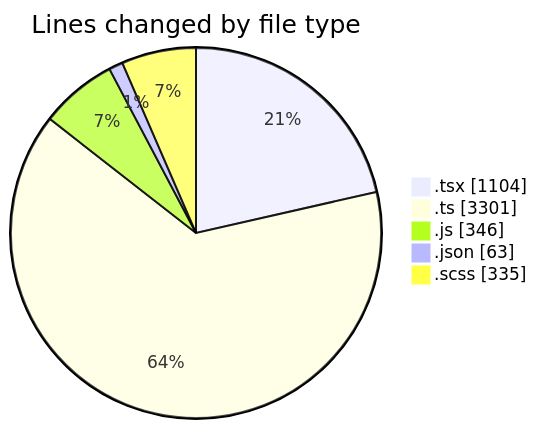
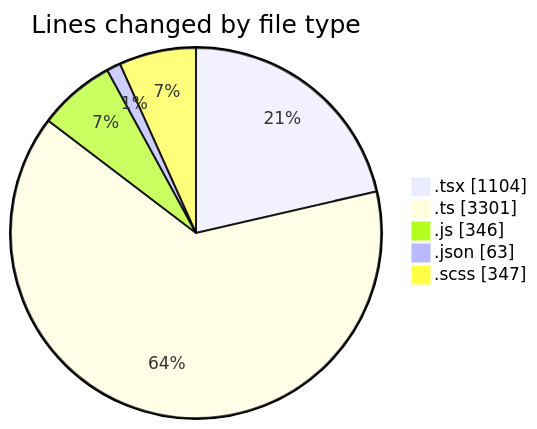
The first of 2 diagrams in 2025-12-01/cda/README.md (momahboobian/code-tracking), drawn with Mermaid before and after one commit. The commit also changed other lines of this file and 1 other file, not shown here.

````diff
--- a/2025-12-01/cda/README.md
+++ b/2025-12-01/cda/README.md
@@ -32,9 +32,9 @@
 ```mermaid
 pie showData
 title Lines changed by file type
 ".tsx" : 1104
 ".ts" : 3301
 ".js" : 346
 ".json" : 63
-".scss" : 335
+".scss" : 347
 ```
````
